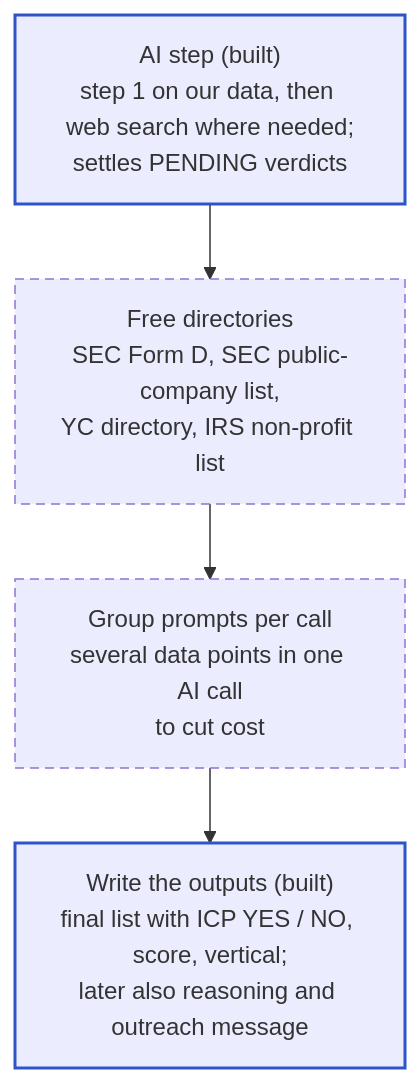
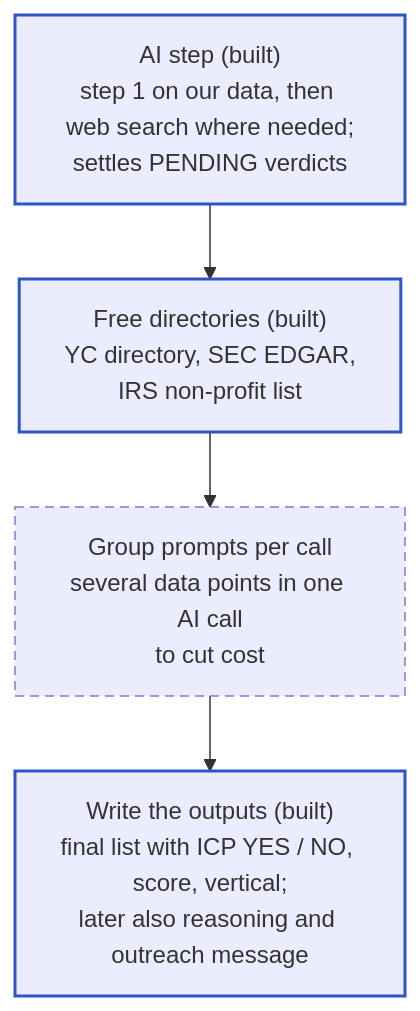
One commit to aligmirza/PuzzleLeadScoring changed the seventh of 7 diagrams in docs/PIPELINE.md. Above: the diagram before and after it, drawn with Mermaid. The commit also changed other lines of this file and 20 other files, not shown here.

First line of the commit message:
Add free directories, stricter answers and fixes from the 10-company test

````diff
--- a/docs/PIPELINE.md
+++ b/docs/PIPELINE.md
@@ -539,14 +594,14 @@
 ```mermaid
 flowchart TD
     S5["AI step (built)<br/>step 1 on our data, then web search where needed;<br/>settles PENDING verdicts"]
-    S5b["Free directories<br/>SEC Form D, SEC public-company list,<br/>YC directory, IRS non-profit list"]
+    S5b["Free directories (built)<br/>YC directory, SEC EDGAR,<br/>IRS non-profit list"]
     S5c["Group prompts per call<br/>several data points in one AI call<br/>to cut cost"]
     S6["Write the outputs (built)<br/>final list with ICP YES / NO, score, vertical;<br/>later also reasoning and outreach message"]
 
     S5 --> S5b --> S5c --> S6
 
     classDef plan stroke-dasharray: 6 4
     classDef key stroke:#2d55c8,stroke-width:2px
-    class S5,S6 key
-    class S5b,S5c plan
+    class S5,S5b,S6 key
+    class S5c plan
 ```
````
